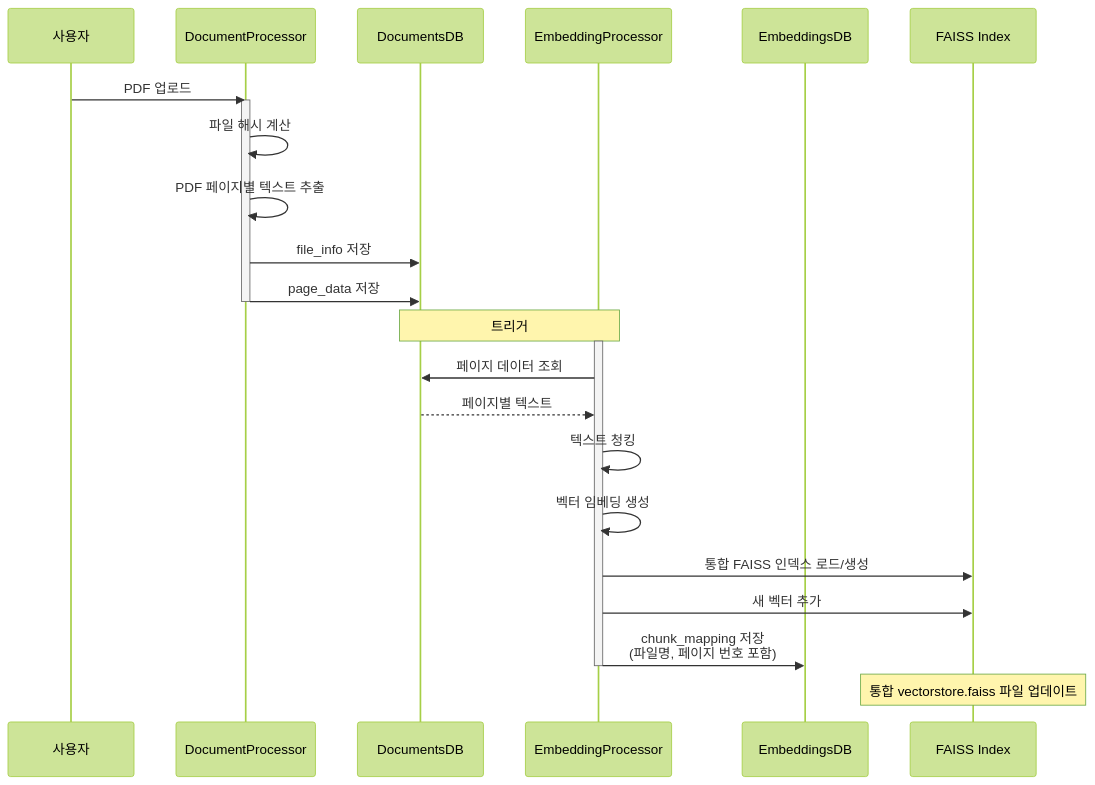
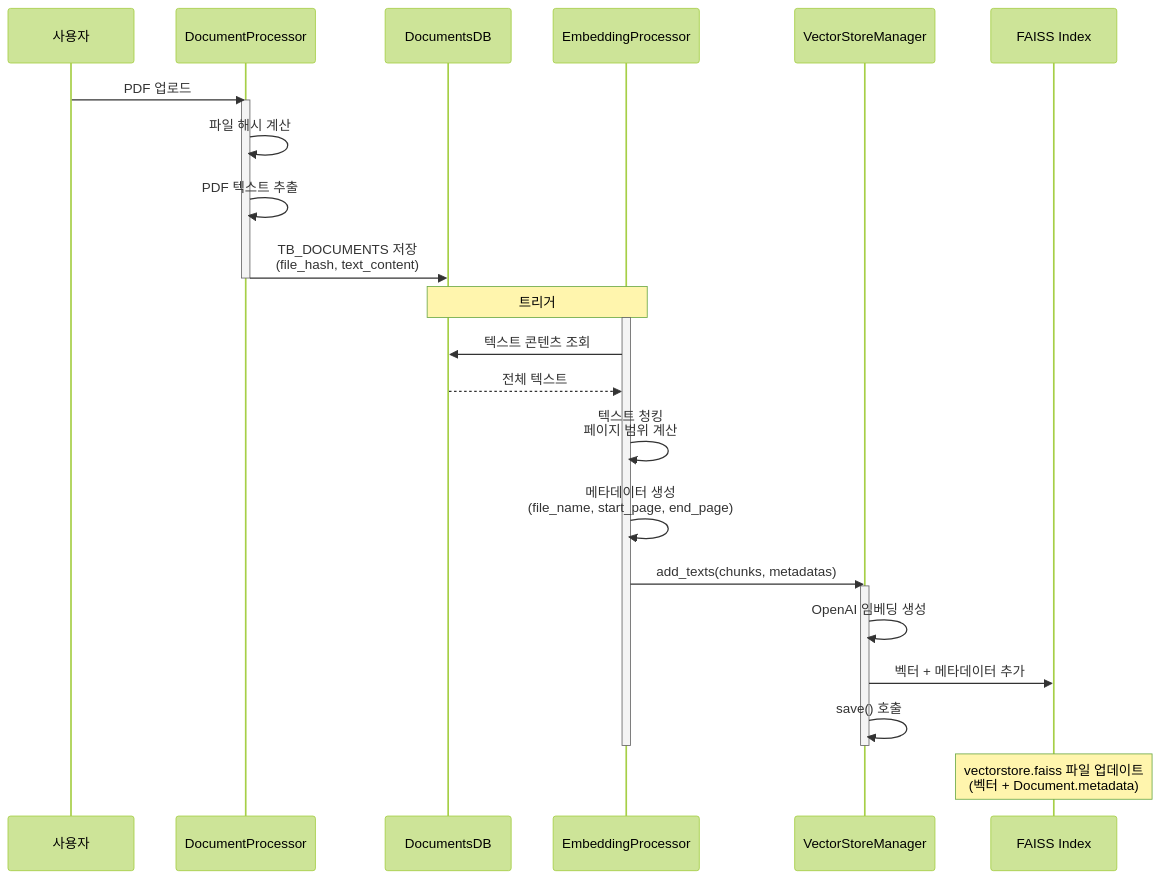
One commit to c0z0c/codeit_ai_g2b_search changed the fifth of 11 diagrams in docs/doc/시스템_아키텍처_설계서.md. Above: the diagram before and after it, drawn with Mermaid (forest theme). The commit also changed other lines of this file, not shown here.

````diff
--- a/docs/doc/시스템_아키텍처_설계서.md
+++ b/docs/doc/시스템_아키텍처_설계서.md
@@ -564,31 +561,33 @@
 ```mermaid
 sequenceDiagram
     participant User as 사용자
     participant DP as DocumentProcessor
     participant DDB as DocumentsDB
     participant EP as EmbeddingProcessor
-    participant EDB as EmbeddingsDB
+    participant VM as VectorStoreManager
     participant FAISS as FAISS Index
 
     User->>DP: PDF 업로드
     activate DP
     DP->>DP: 파일 해시 계산
-    DP->>DP: PDF 페이지별 텍스트 추출
-    DP->>DDB: file_info 저장
-    DP->>DDB: page_data 저장
+    DP->>DP: PDF 텍스트 추출
+    DP->>DDB: TB_DOCUMENTS 저장<br/>(file_hash, text_content)
     deactivate DP
 
     Note over DDB,EP: 트리거
 
     activate EP
-    EP->>DDB: 페이지 데이터 조회
-    DDB-->>EP: 페이지별 텍스트
-    EP->>EP: 텍스트 청킹
-    EP->>EP: 벡터 임베딩 생성
-    EP->>FAISS: 통합 FAISS 인덱스 로드/생성
-    EP->>FAISS: 새 벡터 추가
-    EP->>EDB: chunk_mapping 저장<br/>(파일명, 페이지 번호 포함)
+    EP->>DDB: 텍스트 콘텐츠 조회
+    DDB-->>EP: 전체 텍스트
+    EP->>EP: 텍스트 청킹<br/>페이지 범위 계산
+    EP->>EP: 메타데이터 생성<br/>(file_name, start_page, end_page)
+    EP->>VM: add_texts(chunks, metadatas)
+    activate VM
+    VM->>VM: OpenAI 임베딩 생성
+    VM->>FAISS: 벡터 + 메타데이터 추가
+    VM->>VM: save() 호출
+    deactivate VM
     deactivate EP
 
-    Note over FAISS: 통합 vectorstore.faiss 파일 업데이트
+    Note over FAISS: vectorstore.faiss 파일 업데이트<br/>(벡터 + Document.metadata)
 ```
````
